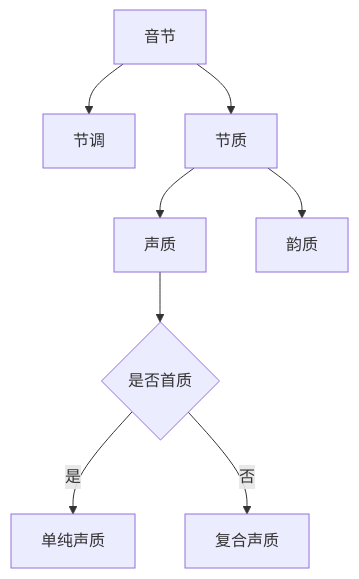
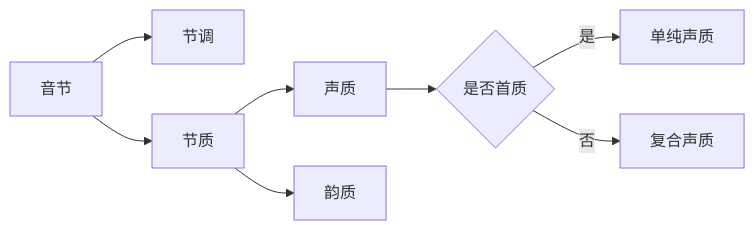
One commit to tsaanghwang/Yime-prototype changed the diagram in YIME_Theory/flowchart/一式一调二质分析.mmd. Above: the diagram before and after it, drawn with Mermaid. The commit also changed 6 other files, not shown here.

```diff
--- a/YIME_Theory/flowchart/一式一调二质分析.mmd
+++ b/YIME_Theory/flowchart/一式一调二质分析.mmd
@@ -1,8 +1,8 @@
-graph TB
+graph LR
     A[音节] --> B[节调]
     A --> C[节质]
     C --> D[声质]
     C --> E[韵质]
     D --> F{是否首质}
     F --> |是|G[单纯声质]
     F --> |否|H[复合声质]
```
